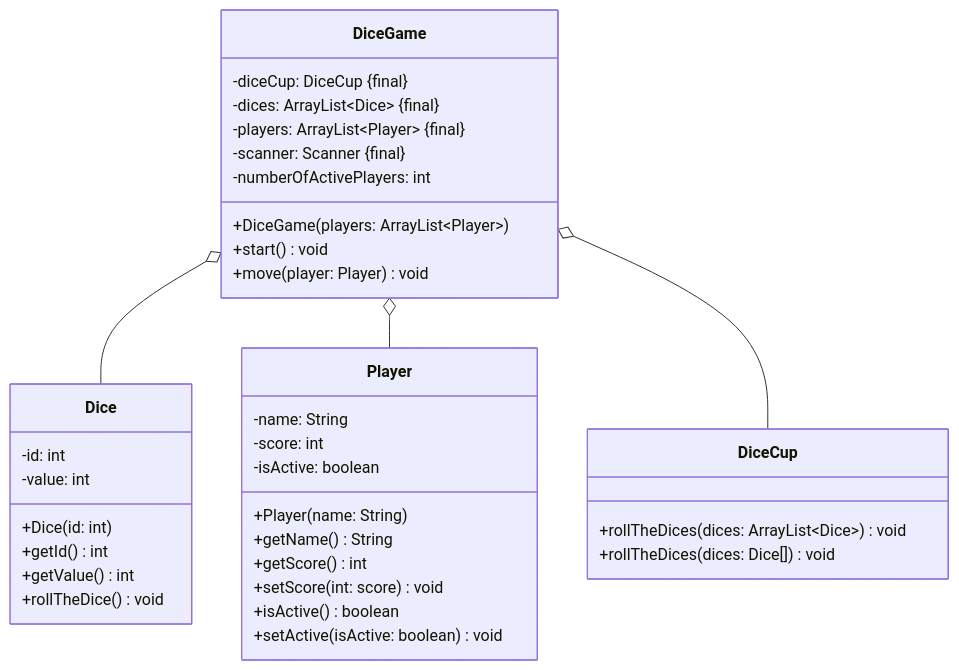
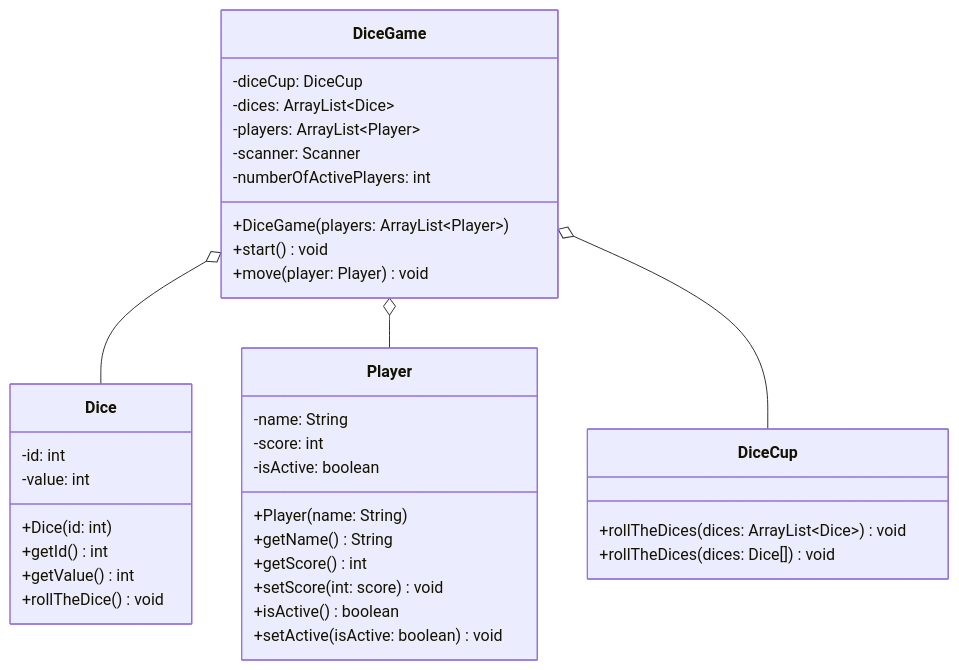
The diagram in docs/exercises/class-diagrams/class-diagrams02.mdx (jappuccini/java-docs), drawn with Mermaid before and after one commit. The commit also changed 5 other files, not shown here.

Commit message:
fix mermaid diagrams to match solution

````diff
--- a/docs/exercises/class-diagrams/class-diagrams02.mdx
+++ b/docs/exercises/class-diagrams/class-diagrams02.mdx
@@ -23,44 +23,44 @@
 ```mermaid
 classDiagram
     DiceGame o-- Dice
     DiceGame o-- Player
     DiceGame o-- DiceCup
 
     class Player {
         -name: String
         -score: int
         -isActive: boolean
 
         +Player(name: String)
         +getName() String
         +getScore() int
         +setScore(int: score) void
         +isActive() boolean
         +setActive(isActive: boolean) void
     }
 
     class Dice {
         -id: int
         -value: int
         +Dice(id: int)
         +getId() int
         +getValue() int
         +rollTheDice() void
     }
 
     class DiceCup {
         +rollTheDices(dices: ArrayList~Dice~) void
         +rollTheDices(dices: Dice[]) void
     }
 
     class DiceGame {
-        -diceCup: DiceCup &#123final&#125
-        -dices: ArrayList~Dice~ &#123final&#125
-        -players: ArrayList~Player~ &#123final&#125
-        -scanner: Scanner &#123final&#125
+        -diceCup: DiceCup
+        -dices: ArrayList~Dice~
+        -players: ArrayList~Player~
+        -scanner: Scanner
         -numberOfActivePlayers: int
         +DiceGame(players: ArrayList~Player~)
         +start() void
         +move(player: Player) void
     }
 ```
````
